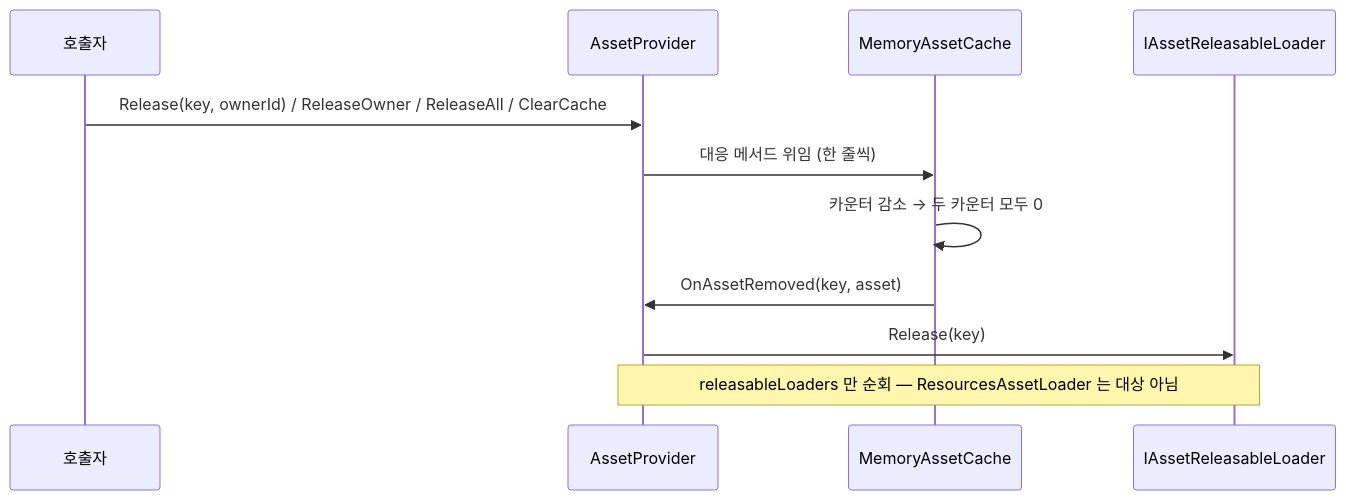
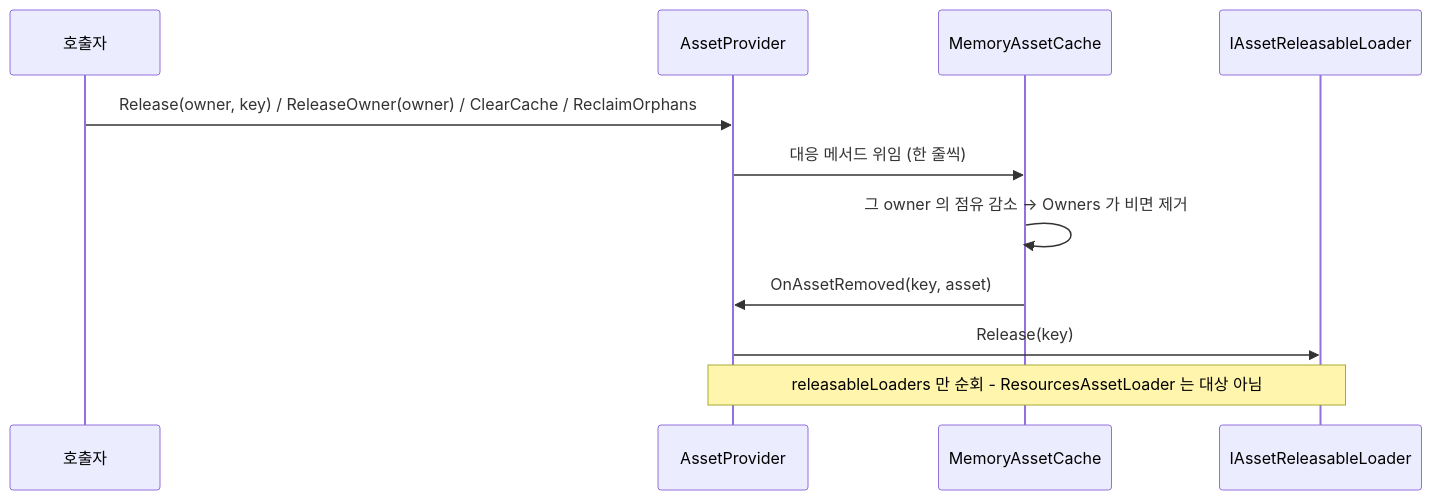
The third of 3 diagrams in HResource/docs/Provider.md (HoHong123/HCUP-Unity), drawn with Mermaid before and after one commit. The commit also changed other lines of this file, not shown here.

````diff
--- a/HResource/docs/Provider.md
+++ b/HResource/docs/Provider.md
@@ -134,14 +134,14 @@
 ```mermaid
 sequenceDiagram
     participant C as 호출자
     participant P as AssetProvider
     participant M as MemoryAssetCache
     participant L as IAssetReleasableLoader
 
-    C->>P: Release(key, ownerId) / ReleaseOwner / ReleaseAll / ClearCache
+    C->>P: Release(owner, key) / ReleaseOwner(owner) / ClearCache / ReclaimOrphans
     P->>M: 대응 메서드 위임 (한 줄씩)
-    M->>M: 카운터 감소 → 두 카운터 모두 0
+    M->>M: 그 owner 의 점유 감소 → Owners 가 비면 제거
     M->>P: OnAssetRemoved(key, asset)
     P->>L: Release(key)
-    Note over P,L: releasableLoaders 만 순회 — ResourcesAssetLoader 는 대상 아님
+    Note over P,L: releasableLoaders 만 순회 - ResourcesAssetLoader 는 대상 아님
 ```
````
